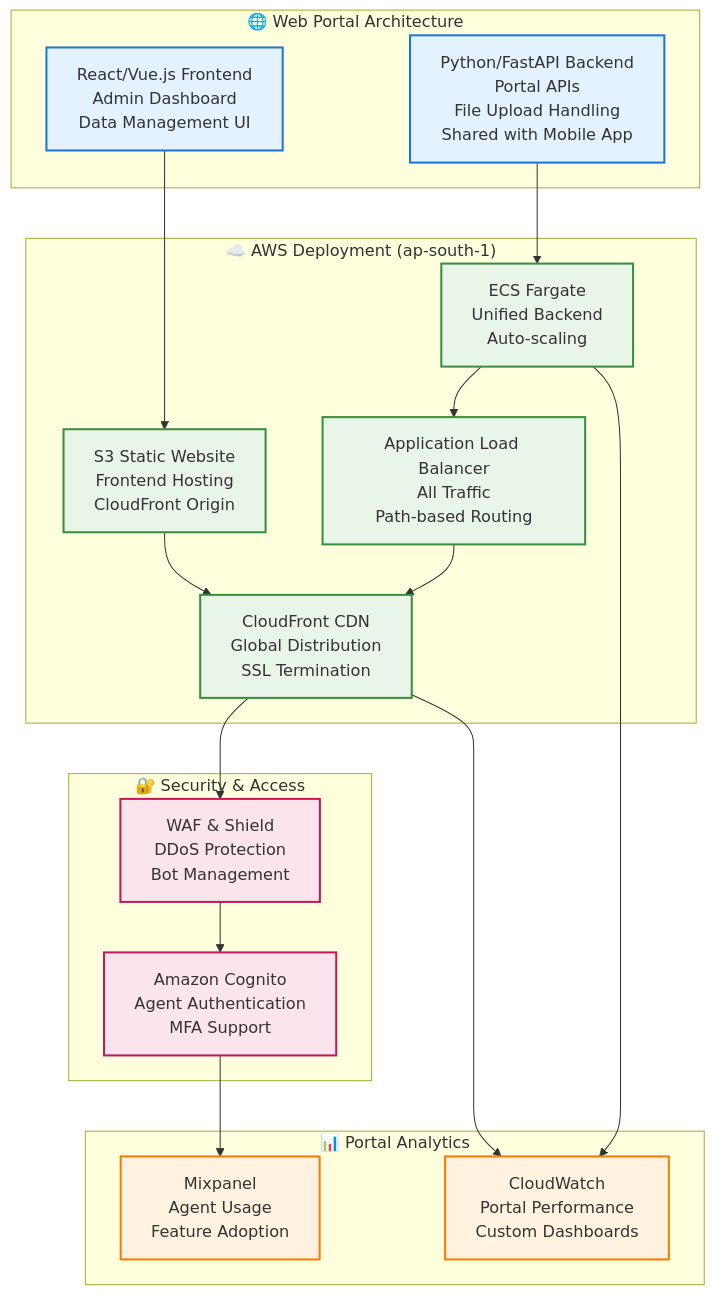
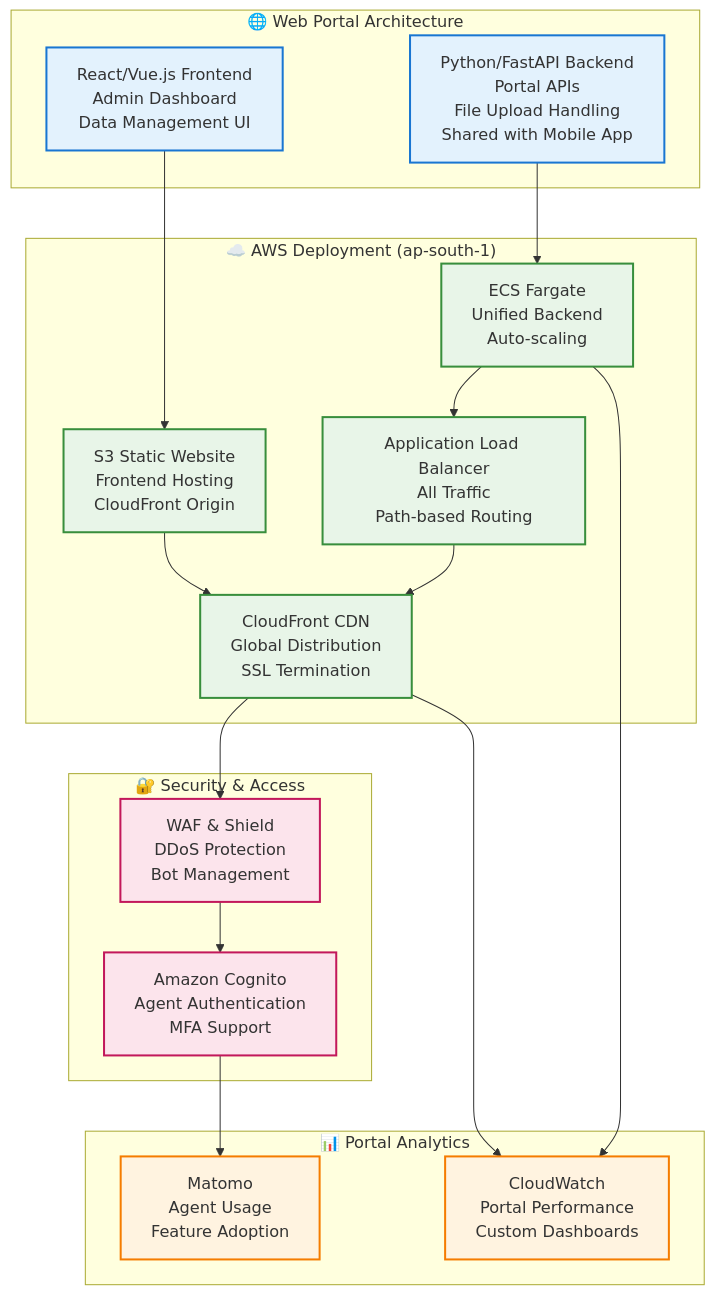
Before and after one commit to manizvlabs/agentmitra: the third of 17 diagrams in discovery/deployment/deployment-design.md, drawn with Mermaid. The commit also changed other lines of this file, not shown here.

````diff
--- a/discovery/deployment/deployment-design.md
+++ b/discovery/deployment/deployment-design.md
@@ -381,45 +382,45 @@
 ```mermaid
 graph TD
     subgraph "🌐 Web Portal Architecture"
         Frontend[React/Vue.js Frontend<br/>Admin Dashboard<br/>Data Management UI]
         PythonBackend[Python/FastAPI Backend<br/>Portal APIs<br/>File Upload Handling<br/>Shared with Mobile App]
     end
 
     subgraph "☁️ AWS Deployment (ap-south-1)"
         CloudFront[CloudFront CDN<br/>Global Distribution<br/>SSL Termination]
         S3Static[S3 Static Website<br/>Frontend Hosting<br/>CloudFront Origin]
         ECSBackend[ECS Fargate<br/>Unified Backend<br/>Auto-scaling]
         ALB[Application Load Balancer<br/>All Traffic<br/>Path-based Routing]
     end
 
     subgraph "🔐 Security & Access"
         Cognito[Amazon Cognito<br/>Agent Authentication<br/>MFA Support]
         WAF[WAF & Shield<br/>DDoS Protection<br/>Bot Management]
     end
 
     subgraph "📊 Portal Analytics"
         CloudWatch[CloudWatch<br/>Portal Performance<br/>Custom Dashboards]
-        Mixpanel[Mixpanel<br/>Agent Usage<br/>Feature Adoption]
+        Matomo[Matomo<br/>Agent Usage<br/>Feature Adoption]
     end
 
     Frontend --> S3Static
     PythonBackend --> ECSBackend
     S3Static --> CloudFront
     ECSBackend --> ALB
     ALB --> CloudFront
     CloudFront --> WAF
     WAF --> Cognito
     ECSBackend --> CloudWatch
     CloudFront --> CloudWatch
-    Cognito --> Mixpanel
+    Cognito --> Matomo
 
     classDef web fill:#e3f2fd,stroke:#1976d2,stroke-width:2px
     classDef aws fill:#e8f5e8,stroke:#388e3c,stroke-width:2px
     classDef security fill:#fce4ec,stroke:#c2185b,stroke-width:2px
     classDef analytics fill:#fff3e0,stroke:#f57c00,stroke-width:2px
 
     class Frontend,PythonBackend web
     class CloudFront,S3Static,ECSBackend,ALB aws
     class Cognito,WAF security
-    class CloudWatch,Mixpanel analytics
+    class CloudWatch,Matomo analytics
 ```
````
